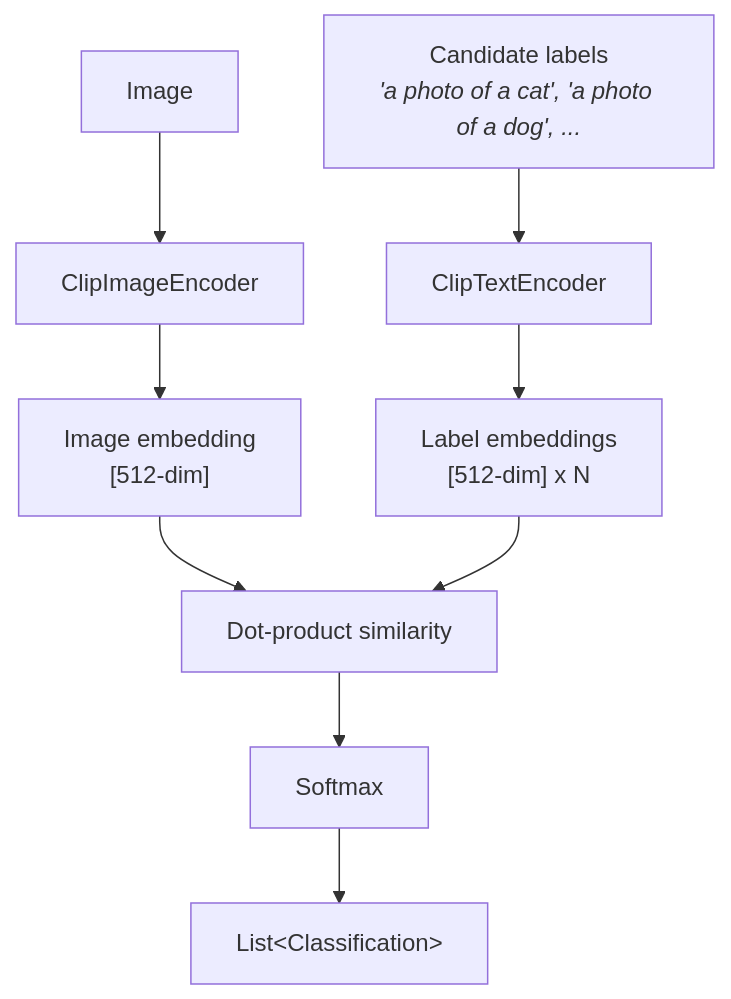
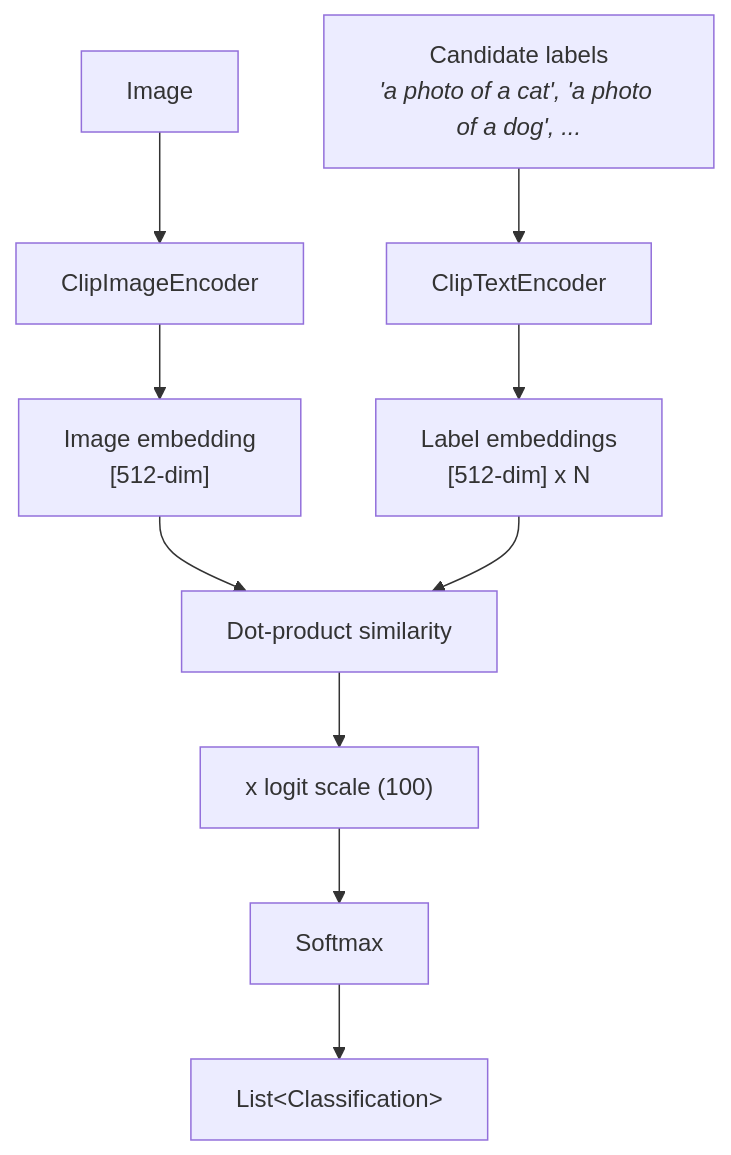
One commit to inference4j/inference4j changed the diagram in docs/use-cases/visual-search.md. Above: the diagram before and after it, drawn with Mermaid. The commit also changed other lines of this file and 5 other files, not shown here.

First line of the commit message:
Scale CLIP similarities by the logit scale before the softmax

````diff
--- a/docs/use-cases/visual-search.md
+++ b/docs/use-cases/visual-search.md
@@ -48,17 +48,18 @@
 ```mermaid
 flowchart TD
     Image["Image"]
     Labels["Candidate labels<br><i>'a photo of a cat', 'a photo of a dog', ...</i>"]
 
     Image --> IE["ClipImageEncoder"]
     Labels --> TE["ClipTextEncoder"]
 
     IE --> IEmb["Image embedding<br>[512-dim]"]
     TE --> LEmb["Label embeddings<br>[512-dim] x N"]
 
     IEmb --> Sim["Dot-product similarity"]
     LEmb --> Sim
 
-    Sim --> SM["Softmax"]
+    Sim --> Scale["x logit scale (100)"]
+    Scale --> SM["Softmax"]
     SM --> Result["List&lt;Classification&gt;"]
 ```
````
